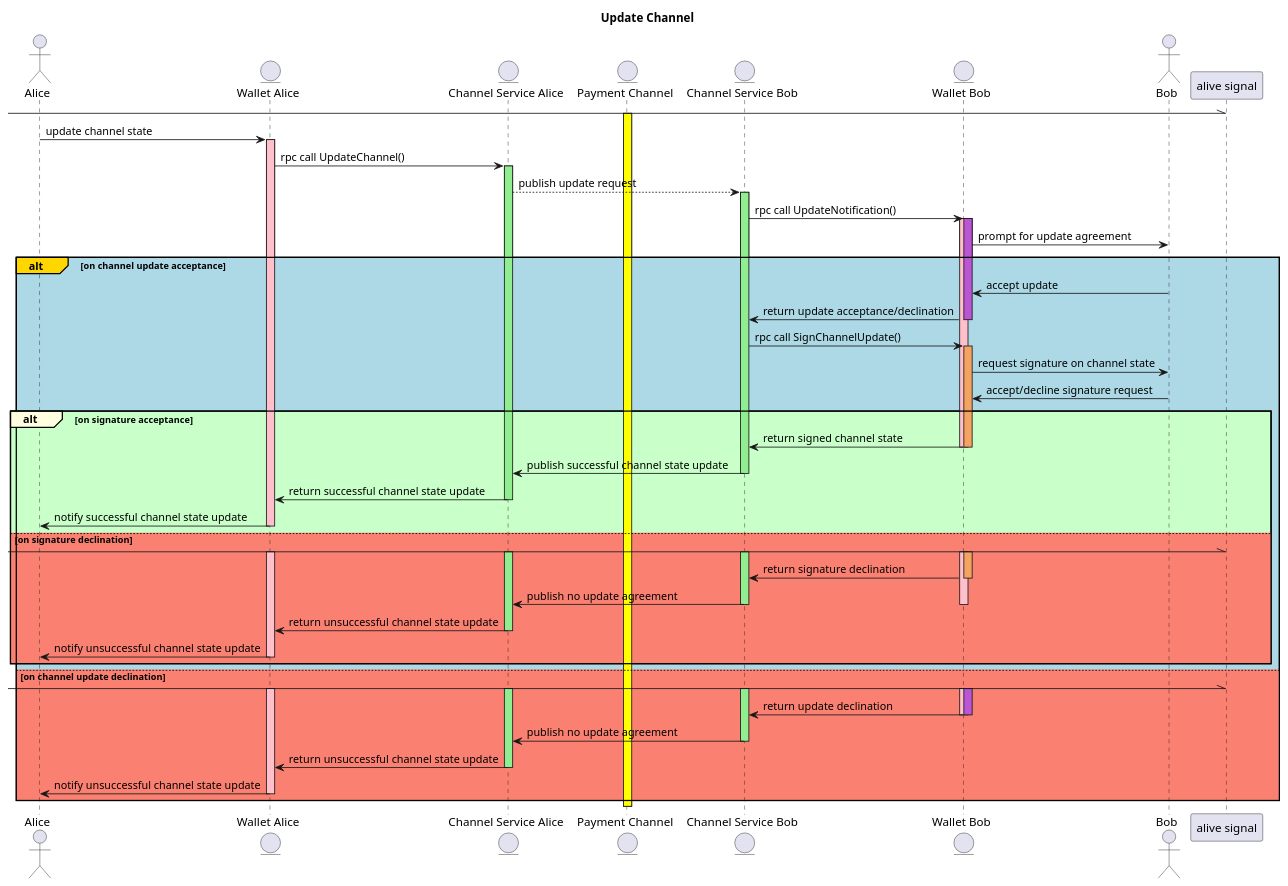
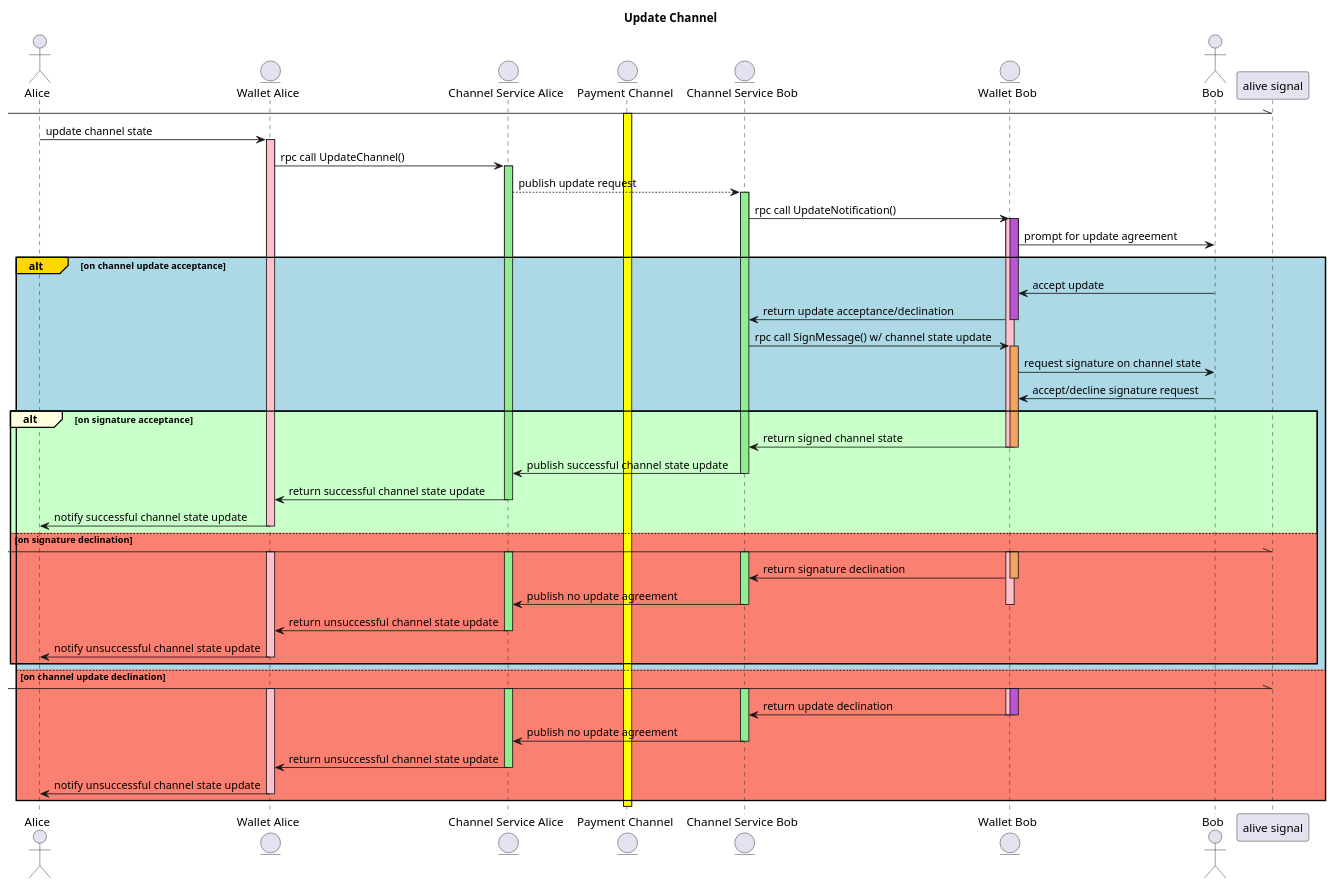
Before and after one commit to perun-network/perun-wallet-spec: the diagram in src/sequence-update.pu, drawn with PlantUML. The commit also changed 2 other files, not shown here.

Commit message:
sequence: Adjust rpc call naming

```diff
--- a/src/sequence-update.pu
+++ b/src/sequence-update.pu
@@ -1,80 +1,80 @@
 @startuml
 actor Alice as A
 entity "Wallet Alice" as WA
 entity "Channel Service Alice" as CSA
 entity "Payment Channel" as PC
 entity "Channel Service Bob" as CSB
 entity "Wallet Bob" as WB
 actor Bob as B
 
 title Update Channel
 
 [-\\ "alive signal"
 activate PC #yellow
 A -> WA : update channel state
 activate WA #pink
 WA -> CSA : rpc call UpdateChannel()
 activate CSA #lightgreen
 CSA --> CSB : publish update request
 activate CSB #lightgreen
 CSB -> WB : rpc call UpdateNotification()
 activate WB #pink
 activate WB #mediumorchid
 WB -> B : prompt for update agreement
 
 alt#gold #lightblue on channel update acceptance
   B -> WB : accept update
   WB -> CSB : return update acceptance/declination
   deactivate WB
-  CSB -> WB : rpc call SignChannelUpdate()
+  CSB -> WB : rpc call SignMessage() w/ channel state update
   activate WB #sandybrown
   WB -> B : request signature on channel state
   B -> WB : accept/decline signature request
   alt#lightyellow #technology  on signature acceptance
     WB -> CSB : return signed channel state
     deactivate WB
     deactivate WB
     CSB -> CSA : publish successful channel state update
     deactivate CSB
     CSA -> WA : return successful channel state update
     deactivate CSA
     WA -> A : notify successful channel state update
     deactivate WA
   else #salmon on signature declination
     [-\\ "alive signal"
     activate WB #pink
     activate WB #sandybrown
     activate WA #pink
     activate CSB #lightgreen
     activate CSA #lightgreen
     WB -> CSB : return signature declination
     deactivate WB
     CSB -> CSA : publish no update agreement
     deactivate CSB
     deactivate WB
     CSA -> WA : return unsuccessful channel state update
     deactivate CSA
     WA -> A : notify unsuccessful channel state update
     deactivate WA
   end
 else #salmon on channel update declination
   [-\\ "alive signal"
   activate WB #pink
   activate WB #mediumorchid
   activate WA #pink
   activate CSB #lightgreen
   activate CSA #lightgreen
   WB -> CSB : return update declination
   deactivate WB
   deactivate WB
   CSB -> CSA : publish no update agreement
   deactivate CSB
   CSA -> WA : return unsuccessful channel state update
   deactivate CSA
   WA -> A : notify unsuccessful channel state update
   deactivate WA
 end
 deactivate PC
 
 
 @enduml
```
